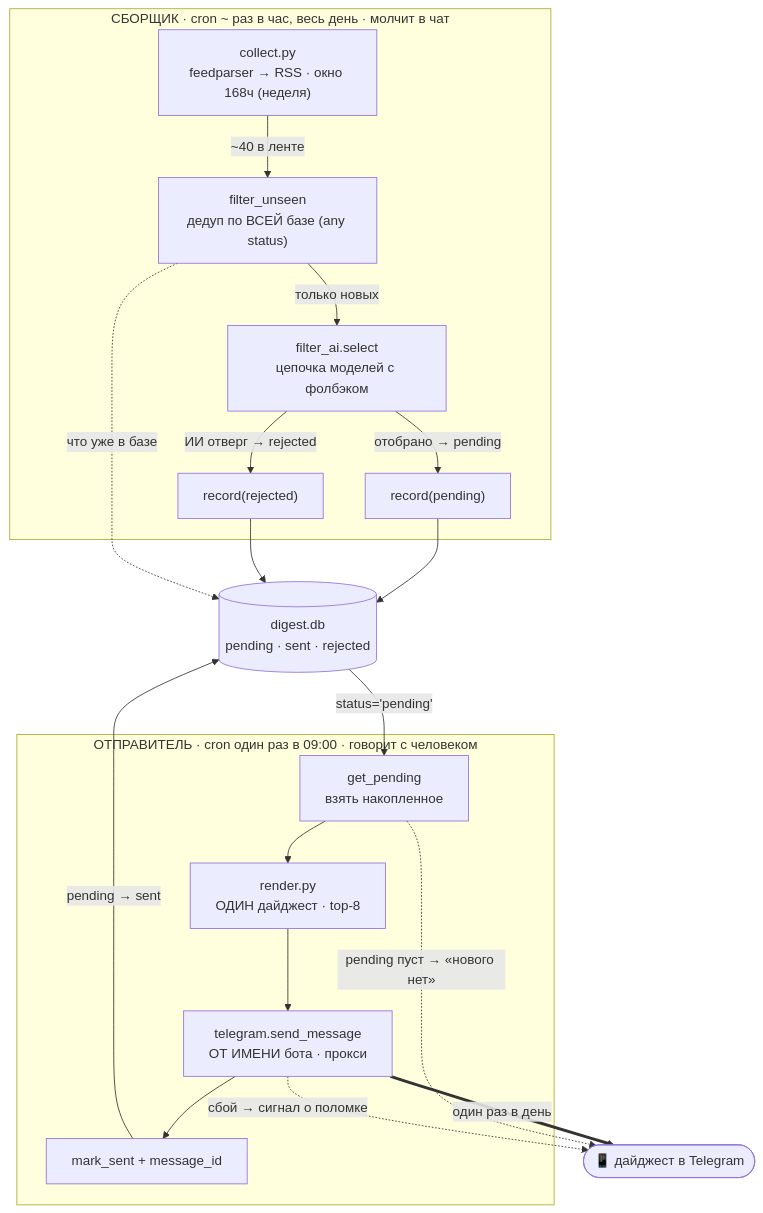
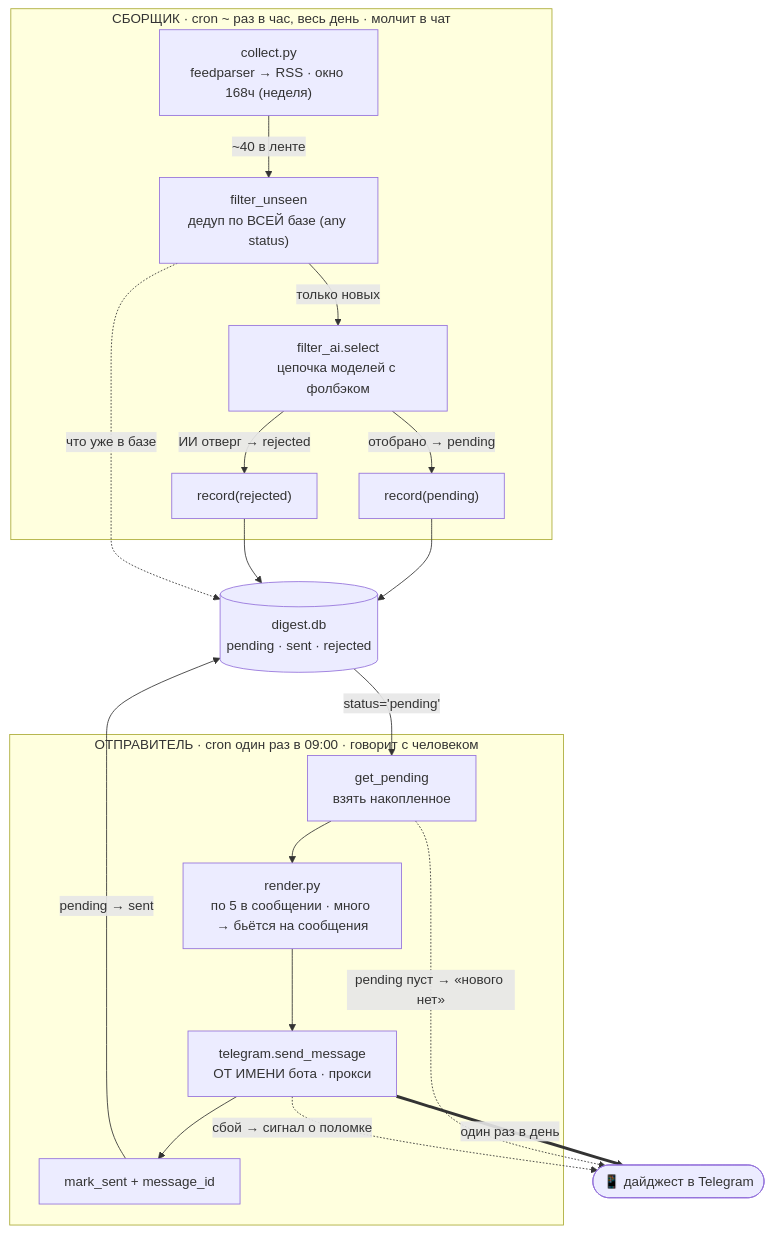
Before and after one commit to vladburba/svc-digest: the first of 2 diagrams in СХЕМА.md, drawn with Mermaid. The commit also changed other lines of this file, not shown here.

Commit message:
svc-digest: карта — окно 168ч и разбивка по 5, убраны устаревшие 48ч/top-8

````diff
--- a/СХЕМА.md
+++ b/СХЕМА.md
@@ -11,29 +11,29 @@
 ```mermaid
 flowchart TB
     subgraph СБОРЩИК["СБОРЩИК · cron ~ раз в час, весь день · молчит в чат"]
         C1["collect.py<br/>feedparser → RSS · окно 168ч (неделя)"]
         C2["filter_unseen<br/>дедуп по ВСЕЙ базе (any status)"]
         C3["filter_ai.select<br/>цепочка моделей с фолбэком"]
         C1 -->|"~40 в ленте"| C2 -->|"только новых"| C3
         C3 -->|"отобрано → pending"| WP["record(pending)"]
         C3 -->|"ИИ отверг → rejected"| WR["record(rejected)"]
     end
 
     DB[("digest.db<br/>pending · sent · rejected")]
     WP --> DB
     WR --> DB
     C2 -.->|"что уже в базе"| DB
 
     subgraph ОТПРАВИТЕЛЬ["ОТПРАВИТЕЛЬ · cron один раз в 09:00 · говорит с человеком"]
         S1["get_pending<br/>взять накопленное"]
-        S2["render.py<br/>ОДИН дайджест · top-8"]
+        S2["render.py<br/>по 5 в сообщении · много → бьётся на сообщения"]
         S3["telegram.send_message<br/>ОТ ИМЕНИ бота · прокси"]
         S4["mark_sent + message_id"]
         S1 --> S2 --> S3 --> S4
     end
     DB -->|"status='pending'"| S1
     S4 -->|"pending → sent"| DB
     S3 ==>|"один раз в день"| TG([📱 дайджест в Telegram])
     S1 -.->|"pending пуст → «нового нет»"| TG
     S3 -.->|"сбой → сигнал о поломке"| TG
 ```
````
